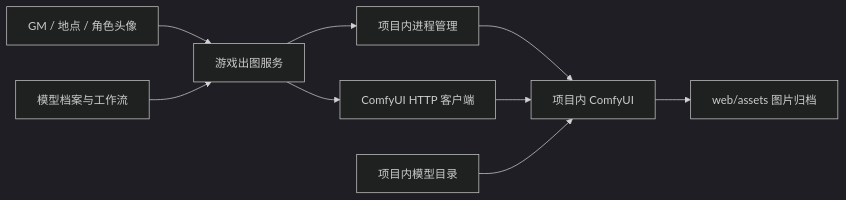
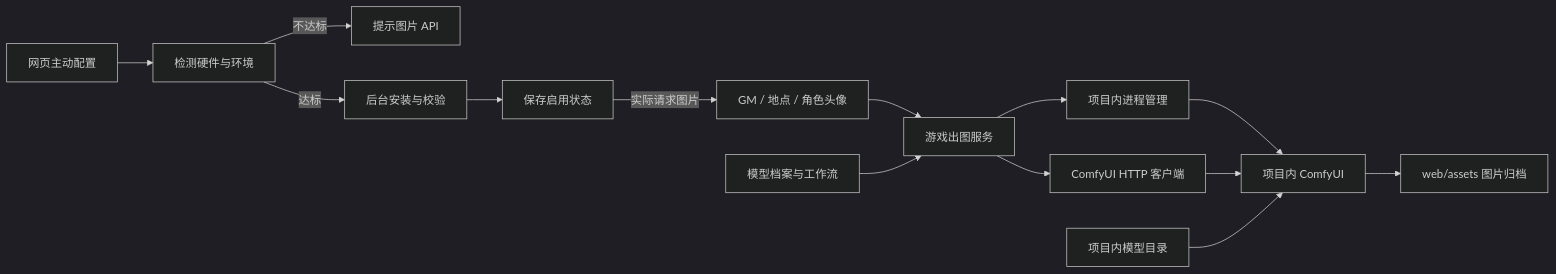
One commit to d294270681/role_play2 changed the diagram in ai/README.md. Above: the diagram before and after it, drawn with Mermaid (dark theme). The commit also changed other lines of this file and 28 other files, not shown here.

````diff
--- a/ai/README.md
+++ b/ai/README.md
@@ -34,11 +66,16 @@
 ```mermaid
 flowchart LR
+  UI[网页主动配置] --> Check[检测硬件与环境]
+  Check -->|不达标| Advice[提示图片 API]
+  Check -->|达标| Install[后台安装与校验]
+  Install --> Enabled[保存启用状态]
+  Enabled -->|实际请求图片| Game
   Game[GM / 地点 / 角色头像] --> Service[游戏出图服务]
   Profiles[模型档案与工作流] --> Service
   Service --> Runtime[项目内进程管理]
   Service --> Client[ComfyUI HTTP 客户端]
   Runtime --> Comfy[项目内 ComfyUI]
   Client --> Comfy
   Models[项目内模型目录] --> Comfy
   Comfy --> Asset[web/assets 图片归档]
 ```
````
